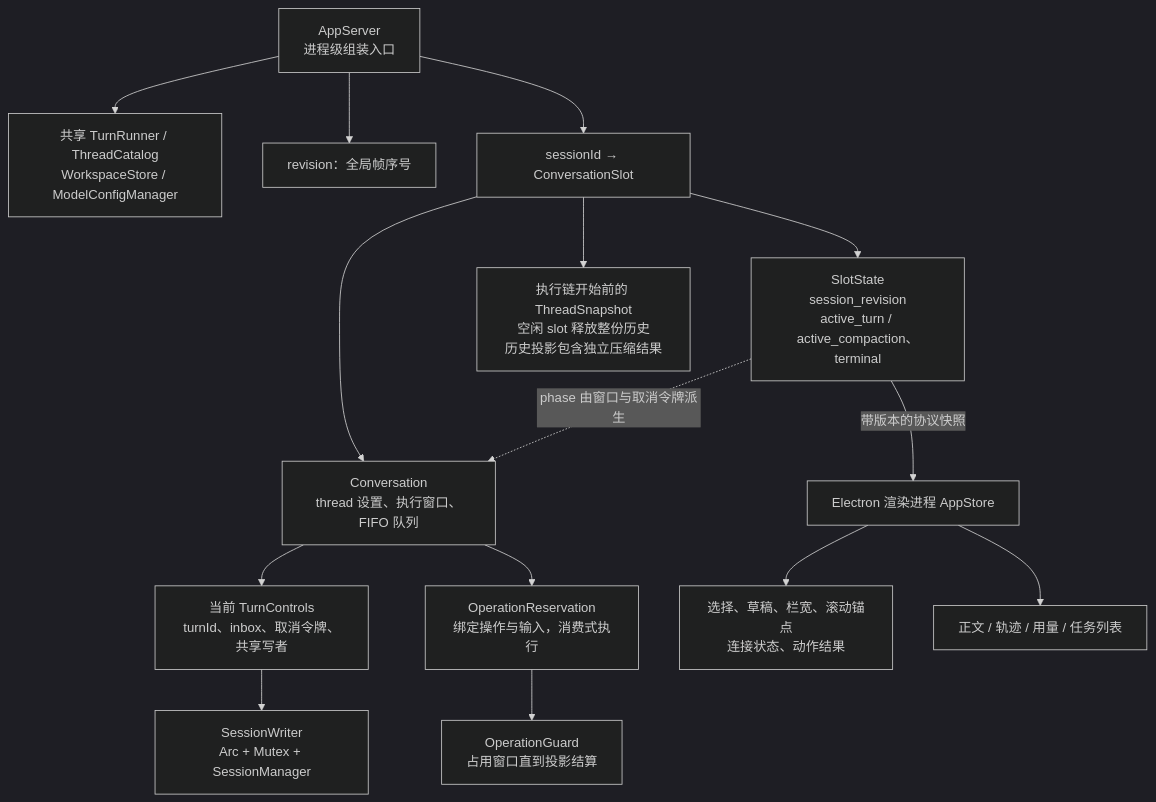
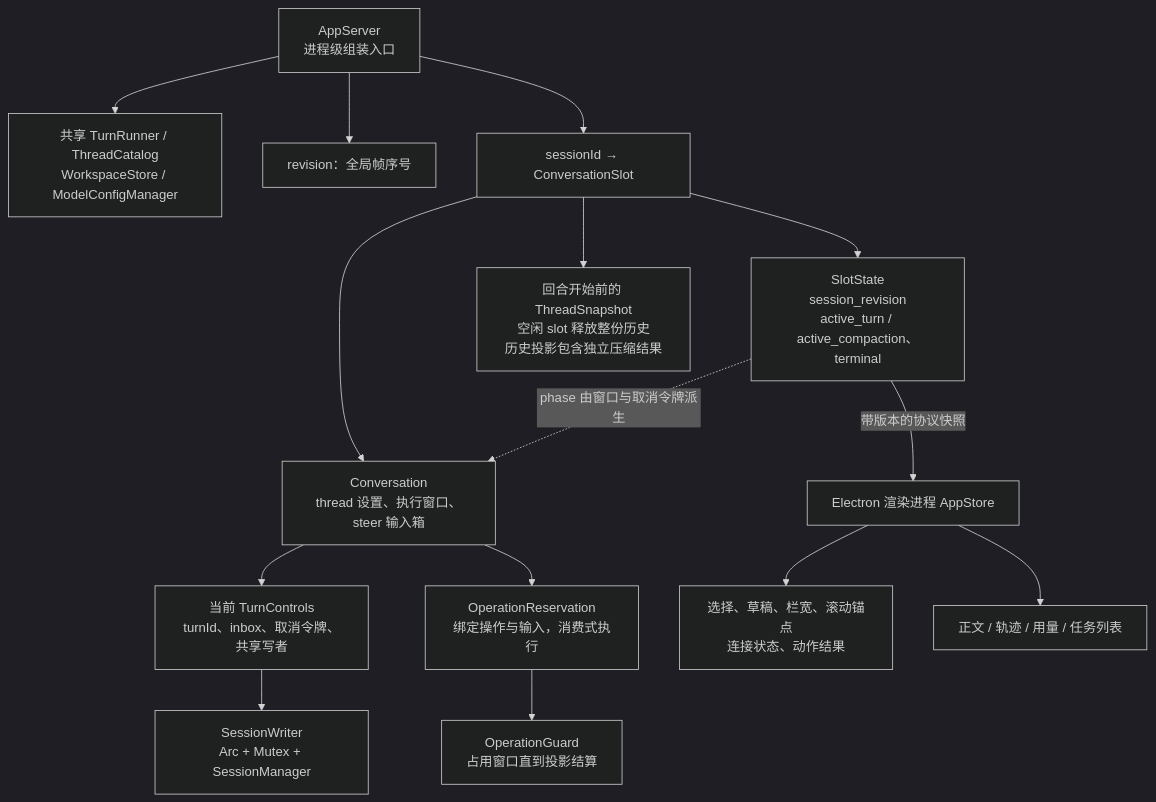
One commit to qjcnmd/singularity-agent changed the fifth of 28 diagrams in docs/architecture.md. Above: the diagram before and after it, drawn with Mermaid (dark theme). The commit also changed other lines of this file and 38 other files, not shown here.

````diff
--- a/docs/architecture.md
+++ b/docs/architecture.md
@@ -137,17 +137,17 @@
 ```mermaid
 flowchart TB
     WB["AppServer<br/>进程级组装入口"] --> Shared["共享 TurnRunner / ThreadCatalog<br/>WorkspaceStore / ModelConfigManager"]
     WB --> Order["revision：全局帧序号"]
     WB --> Slots["sessionId → ConversationSlot"]
-    Slots --> Conv["Conversation<br/>thread 设置、执行窗口、FIFO 队列"]
+    Slots --> Conv["Conversation<br/>thread 设置、执行窗口、steer 输入箱"]
     Slots --> Projection["SlotState<br/>session_revision<br/>active_turn / active_compaction、terminal"]
-    Slots --> Stable["执行链开始前的 ThreadSnapshot<br/>空闲 slot 释放整份历史<br/>历史投影包含独立压缩结果"]
+    Slots --> Stable["回合开始前的 ThreadSnapshot<br/>空闲 slot 释放整份历史<br/>历史投影包含独立压缩结果"]
     Conv --> Running["当前 TurnControls<br/>turnId、inbox、取消令牌、共享写者"]
     Conv --> Reservation["OperationReservation<br/>绑定操作与输入，消费式执行"]
     Reservation --> Guard["OperationGuard<br/>占用窗口直到投影结算"]
     Running --> Writer["SessionWriter<br/>Arc + Mutex + SessionManager"]
     Projection -. "phase 由窗口与取消令牌派生" .-> Conv
     Projection -->|"带版本的协议快照"| Store["Electron 渲染进程 AppStore"]
     Store --> UIState["选择、草稿、栏宽、滚动锚点<br/>连接状态、动作结果"]
     Store --> Views["正文 / 轨迹 / 用量 / 任务列表"]
 ```
````
